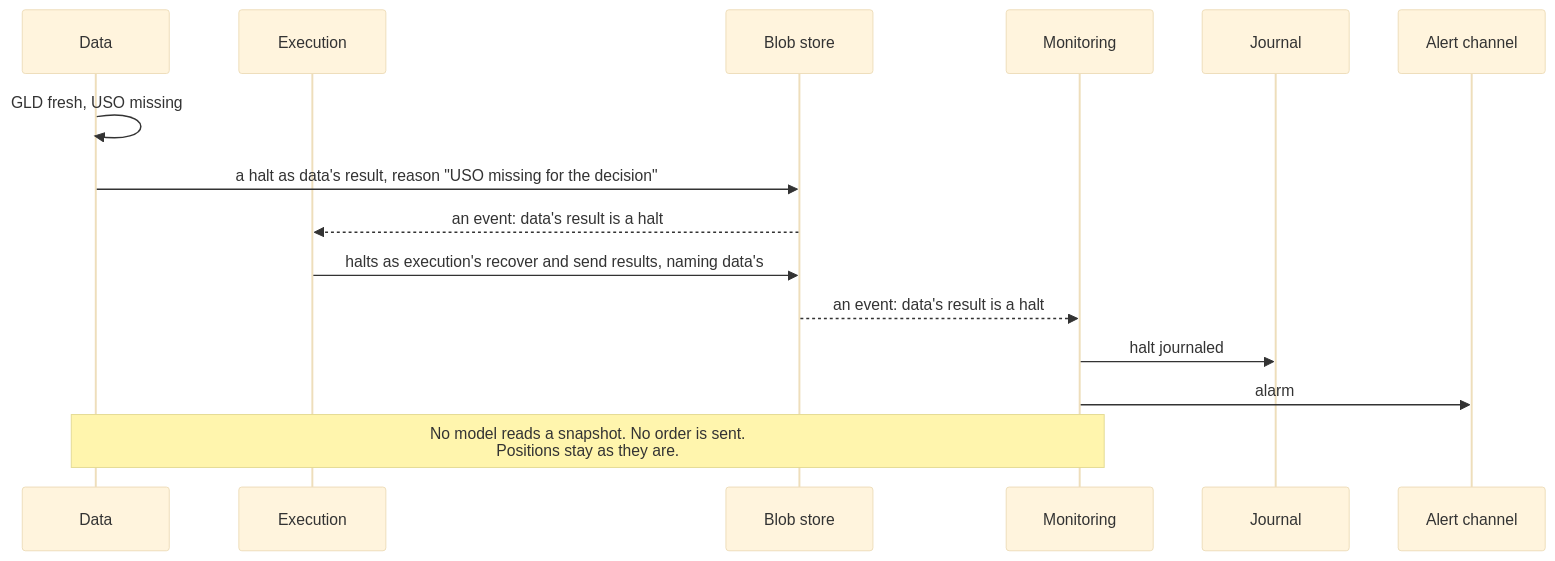
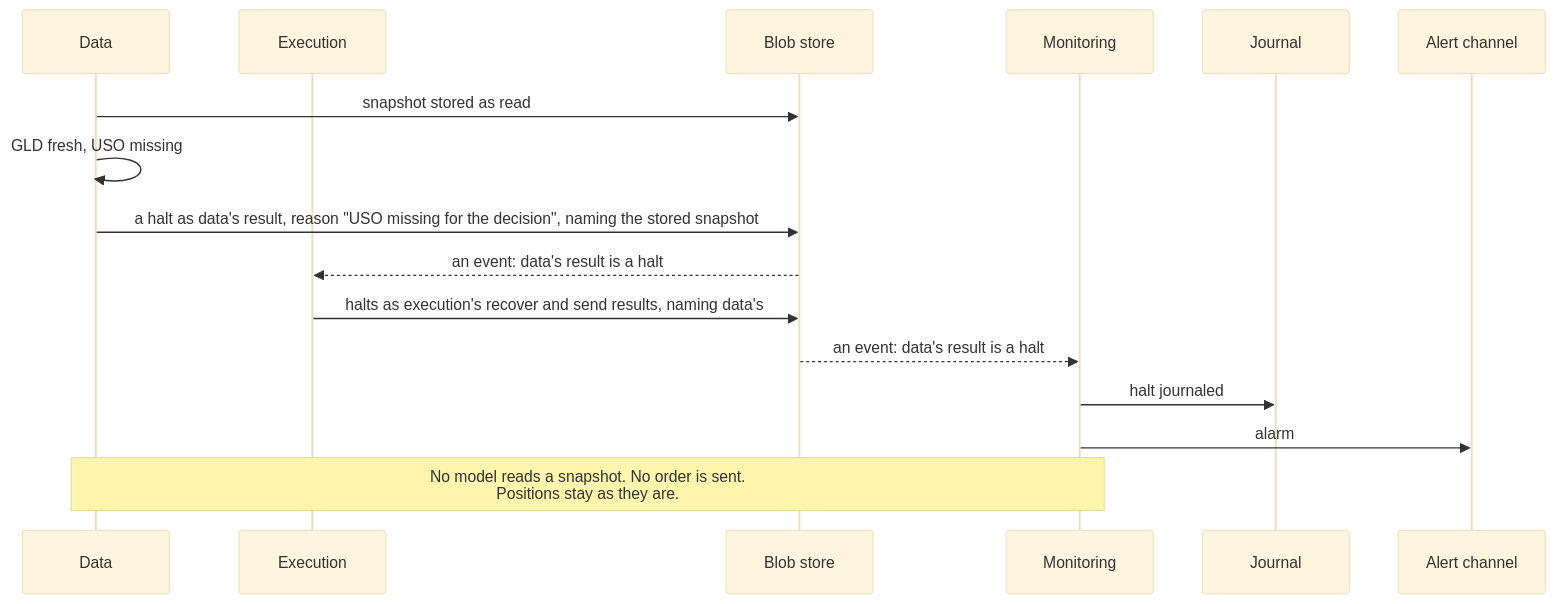
Before and after one commit to l3a0/ithildin-runtime: diagram 14 of 25 in docs/architecture.md, drawn with Mermaid (base theme). The commit also changed other lines of this file and 3 other files, not shown here.

````diff
--- a/docs/architecture.md
+++ b/docs/architecture.md
@@ -954,18 +955,19 @@
 ```mermaid
 sequenceDiagram
     participant D as Data
     participant X as Execution
     participant F as Blob store
     participant M as Monitoring
     participant J as Journal
     participant L as Alert channel
 
+    D->>F: snapshot stored as read
     D->>D: GLD fresh, USO missing
-    D->>F: a halt as data's result, reason "USO missing for the decision"
+    D->>F: a halt as data's result, reason "USO missing for the decision", naming the stored snapshot
     F-->>X: an event: data's result is a halt
     X->>F: halts as execution's recover and send results, naming data's
     F-->>M: an event: data's result is a halt
     M->>J: halt journaled
     M->>L: alarm
     Note over D,M: No model reads a snapshot. No order is sent.<br/>Positions stay as they are.
 ```
````
